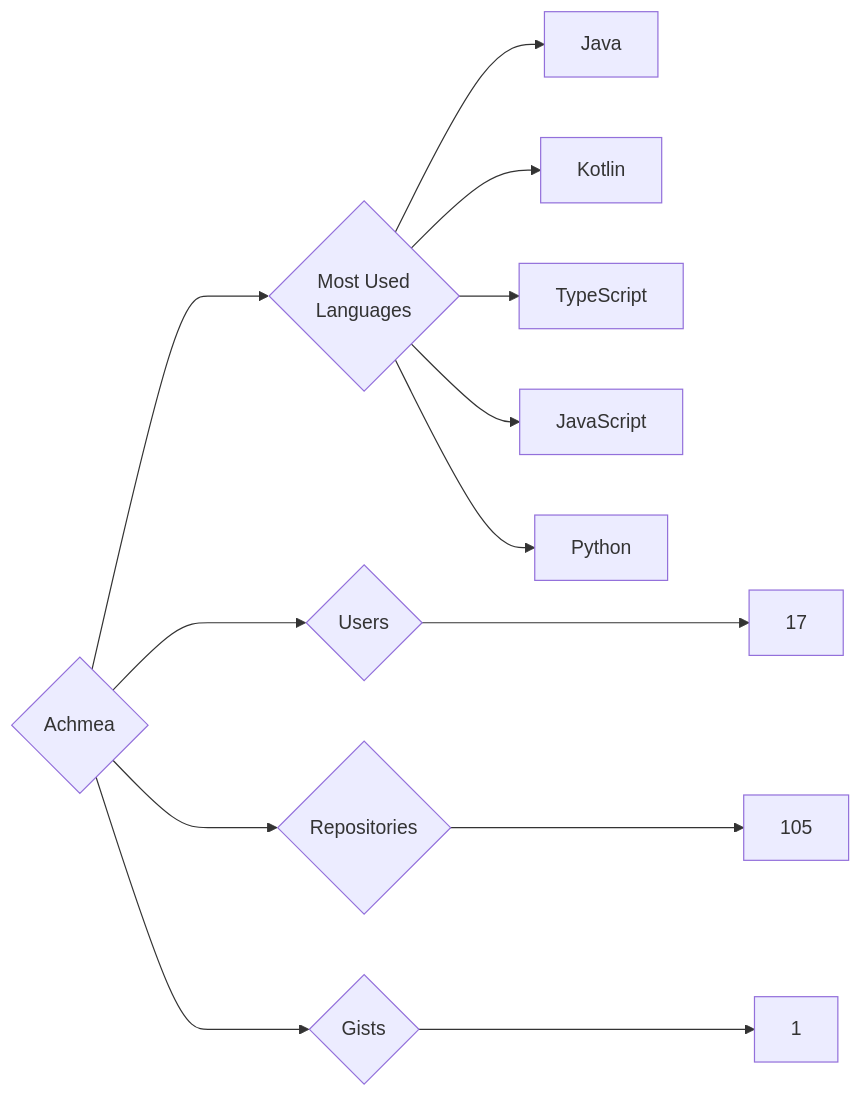
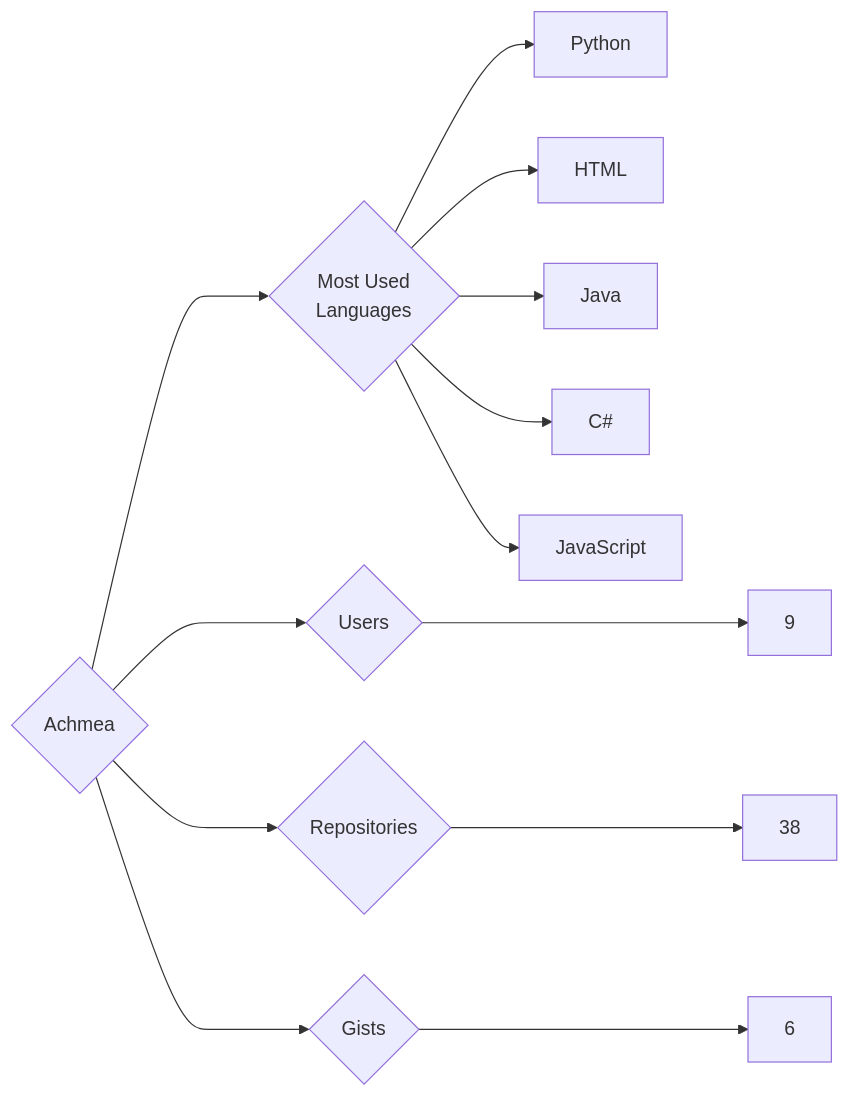
One commit to trickest/insiders changed the diagram in targets/Achmea/README.md. Above: the diagram before and after it, drawn with Mermaid. The commit also changed 736 other files, not shown here.

````diff
--- a/targets/Achmea/README.md
+++ b/targets/Achmea/README.md
@@ -3,13 +3,13 @@
 ```mermaid
 graph LR
 COMPANY_NAME{Achmea}
-COMPANY_NAME ---> U{Users} ---> UN[17]
-COMPANY_NAME ---> R{Repositories} ---> RN[105]
-COMPANY_NAME ---> G{Gists} ---> GN[1]
+COMPANY_NAME ---> U{Users} ---> UN[9]
+COMPANY_NAME ---> R{Repositories} ---> RN[38]
+COMPANY_NAME ---> G{Gists} ---> GN[6]
 COMPANY_NAME ---> ML{Most Used<br>Languages}
+ML --> Python[Python]
+ML --> HTML[HTML]
 ML --> Java[Java]
-ML --> Kotlin[Kotlin]
-ML --> TypeScript[TypeScript]
+ML --> C#[C#]
 ML --> JavaScript[JavaScript]
-ML --> Python[Python]
 ```
````
